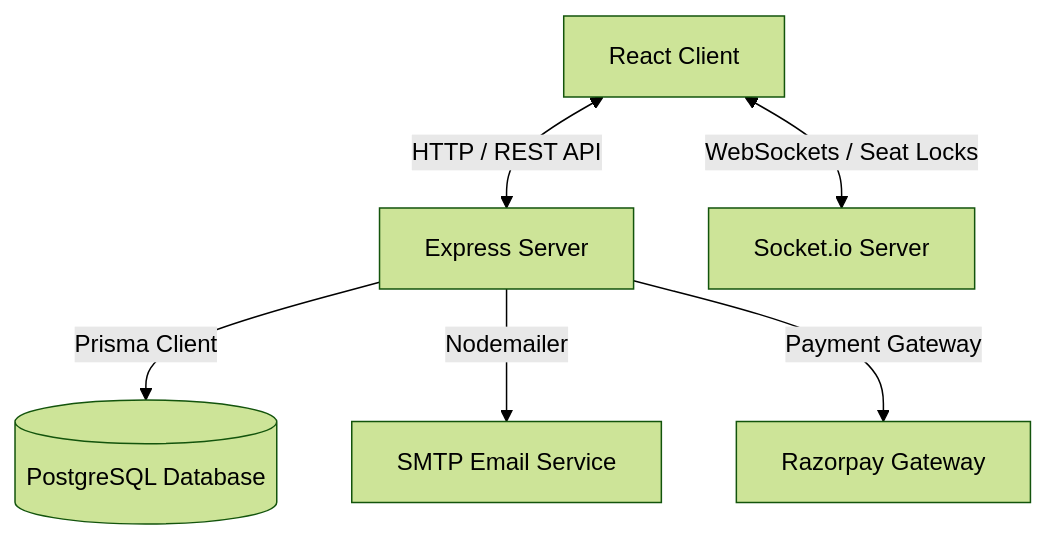
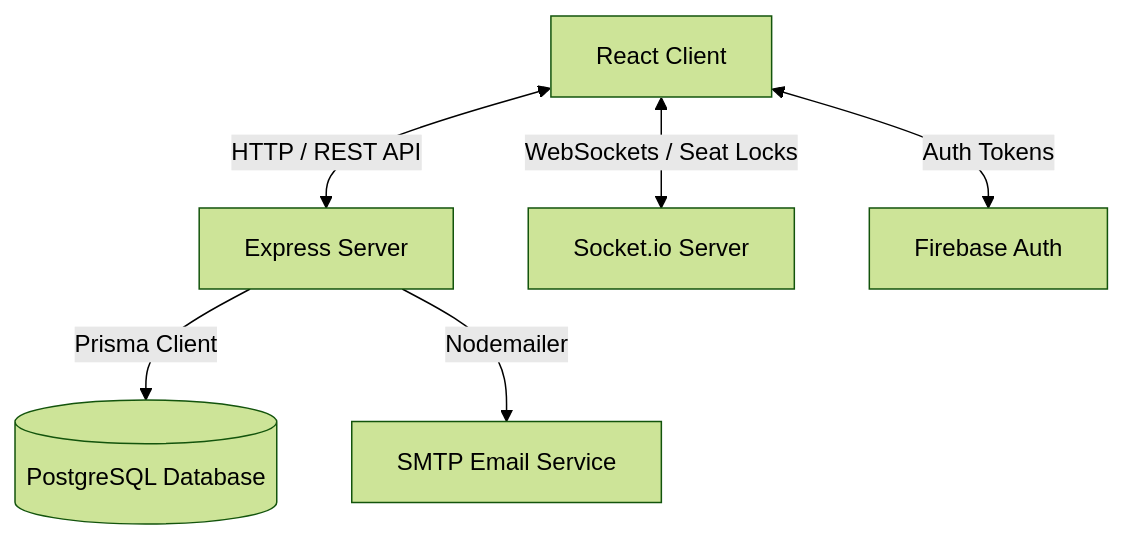
The diagram in README.md (Bunnyvalluri/ticket-book), drawn with Mermaid (forest theme) before and after one commit. The commit also changed other lines of this file, not shown here.

Commit message:
docs: update README with top-view seat map, showtime switcher, Firebase auth, and Vercel link

````diff
--- a/README.md
+++ b/README.md
@@ -40,8 +47,8 @@
 ```mermaid
 graph TD
     Client[React Client] <-->|HTTP / REST API| Express[Express Server]
     Client <-->|WebSockets / Seat Locks| Socket[Socket.io Server]
+    Client <-->|Auth Tokens| Firebase[Firebase Auth]
     Express -->|Prisma Client| DB[(PostgreSQL Database)]
     Express -->|Nodemailer| Mail[SMTP Email Service]
-    Express -->|Payment Gateway| Pay[Razorpay Gateway]
 ```
````
